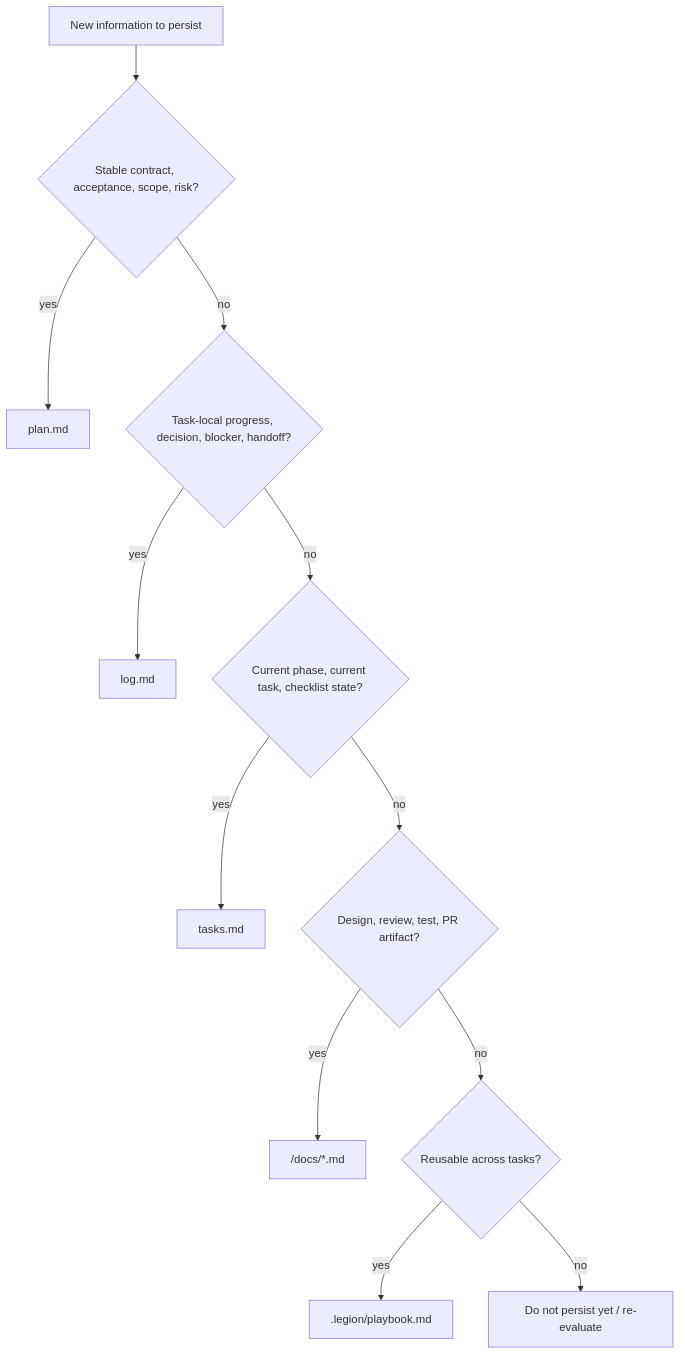
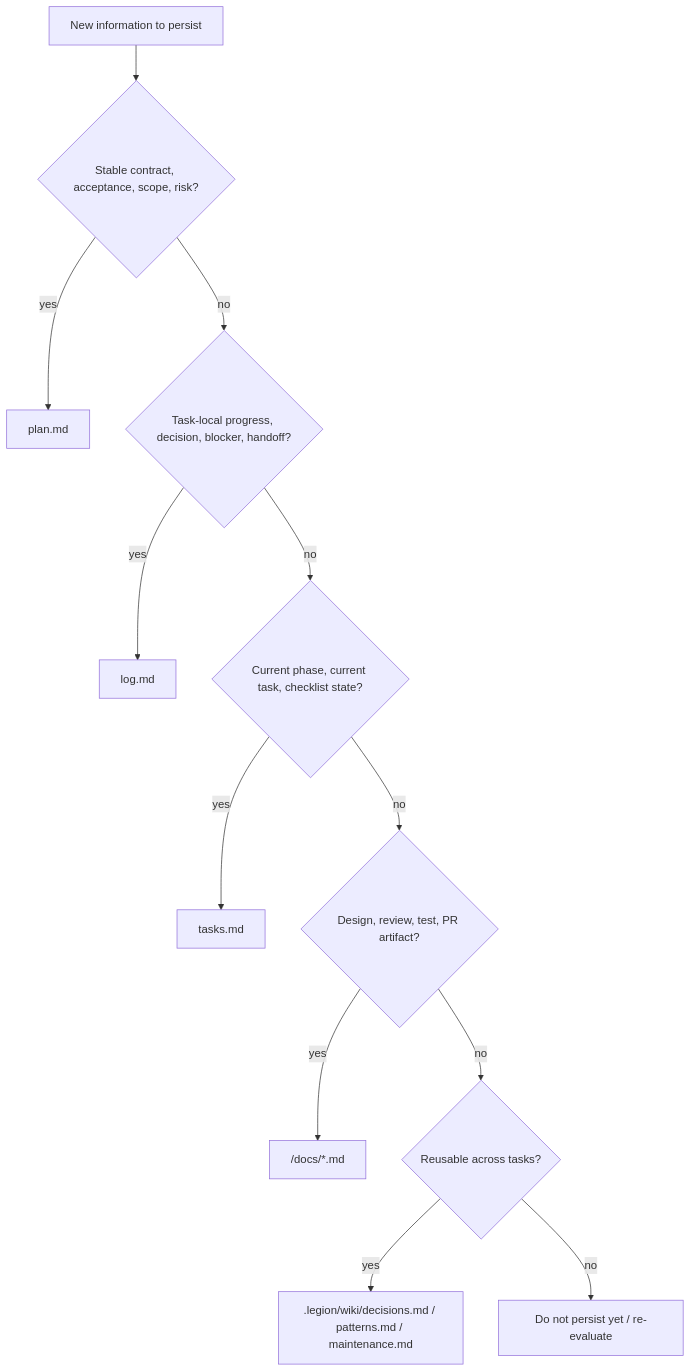
One commit to Thrimbda/legion-mind changed the diagram in skills/legion-docs/SKILL.md. Above: the diagram before and after it, drawn with Mermaid. The commit also changed other lines of this file and 105 other files, not shown here.

````diff
--- a/skills/legion-docs/SKILL.md
+++ b/skills/legion-docs/SKILL.md
@@ -22,14 +22,14 @@
 ```mermaid
 flowchart TD
     A[New information to persist] --> B{Stable contract, acceptance, scope, risk?}
     B -- yes --> P[plan.md]
     B -- no --> C{Task-local progress, decision, blocker, handoff?}
     C -- yes --> L[log.md]
     C -- no --> D{Current phase, current task, checklist state?}
     D -- yes --> T[tasks.md]
     D -- no --> E{Design, review, test, PR artifact?}
     E -- yes --> DOC[<taskRoot>/docs/*.md]
     E -- no --> F{Reusable across tasks?}
-    F -- yes --> PB[.legion/playbook.md]
+    F -- yes --> W[.legion/wiki/decisions.md / patterns.md / maintenance.md]
     F -- no --> X[Do not persist yet / re-evaluate]
 ```
````
